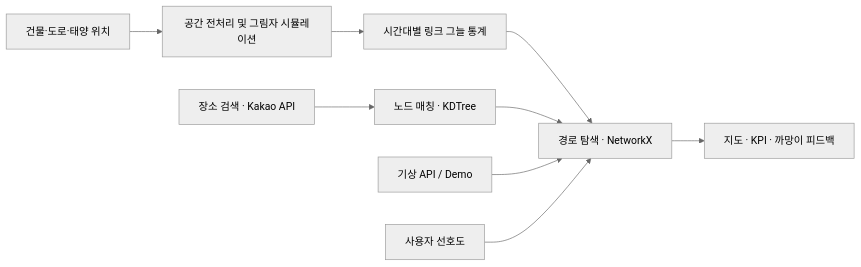
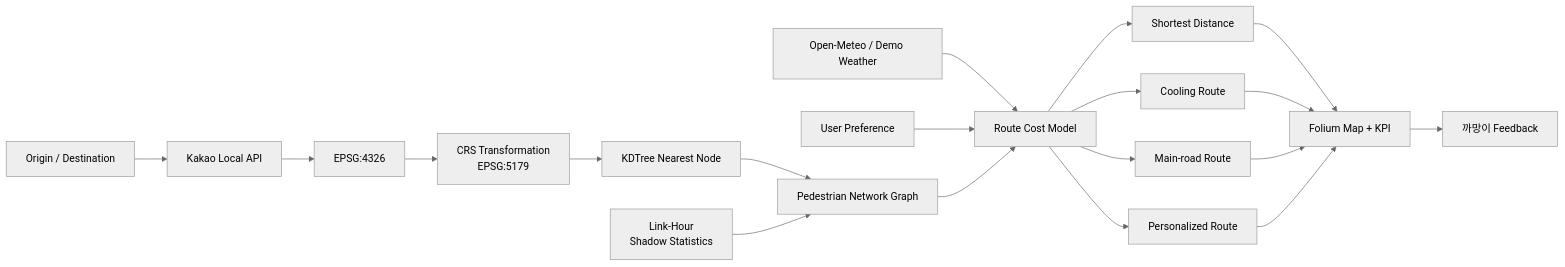
The second of 2 diagrams in README.md (tangerineYR/CoolingPath), drawn with Mermaid (neutral theme) before and after one commit. The commit also changed other lines of this file, not shown here.

````diff
--- a/README.md
+++ b/README.md
@@ -50,11 +150,28 @@
 ```mermaid
 flowchart LR
-    A[건물·도로·태양 위치] --> B[공간 전처리 및 그림자 시뮬레이션]
-    B --> C[시간대별 링크 그늘 통계]
-    D[장소 검색 · Kakao API] --> E[노드 매칭 · KDTree]
-    C --> F[경로 탐색 · NetworkX]
-    E --> F
-    G[기상 API / Demo] --> F
-    H[사용자 선호도] --> F
-    F --> I[지도 · KPI · 까망이 피드백]
+
+    USER[Origin / Destination] --> KAKAO[Kakao Local API]
+
+    KAKAO --> WGS[EPSG:4326]
+    WGS --> CRS[CRS Transformation<br/>EPSG:5179]
+    CRS --> KD[KDTree Nearest Node]
+
+    KD --> GRAPH[Pedestrian Network Graph]
+
+    STAT[Link-Hour<br/>Shadow Statistics] --> GRAPH
+    WEATHER[Open-Meteo / Demo Weather] --> COST[Route Cost Model]
+    PREF[User Preference] --> COST
+    GRAPH --> COST
+
+    COST --> SHORTEST[Shortest Distance]
+    COST --> COOLING[Cooling Route]
+    COST --> MAIN[Main-road Route]
+    COST --> PERSONAL[Personalized Route]
+
+    SHORTEST --> UI[Folium Map + KPI]
+    COOLING --> UI
+    MAIN --> UI
+    PERSONAL --> UI
+
+    UI --> CAT[까망이 Feedback]
 ```
````
